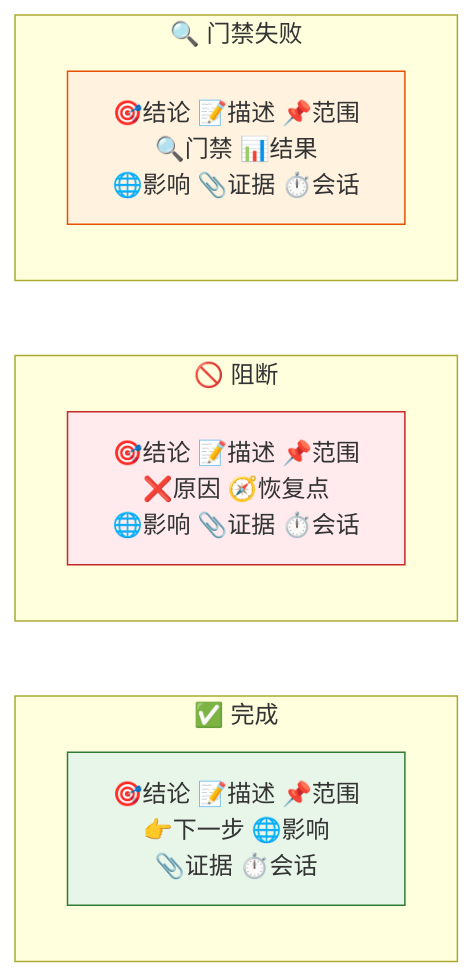
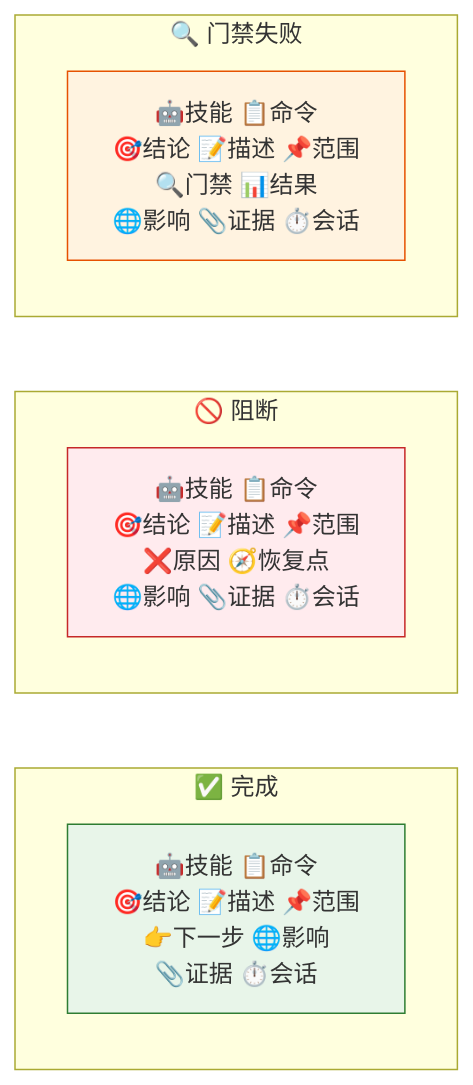
One commit to effiy/YrY changed the fourth of 11 diagrams in skills/wework-bot/SKILL.md. Above: the diagram before and after it, drawn with Mermaid. The commit also changed other lines of this file and 3 other files, not shown here.

````diff
--- a/skills/wework-bot/SKILL.md
+++ b/skills/wework-bot/SKILL.md
@@ -131,16 +131,16 @@
 ```mermaid
 flowchart LR
     subgraph 完成["✅ 完成"]
-        C1["🎯结论 📝描述 📌范围<br/>👉下一步 🌐影响<br/>📎证据 ⏱️会话"]:::ok
+        C1["🤖技能 📋命令<br/>🎯结论 📝描述 📌范围<br/>👉下一步 🌐影响<br/>📎证据 ⏱️会话"]:::ok
     end
     subgraph 阻断["🚫 阻断"]
-        C2["🎯结论 📝描述 📌范围<br/>❌原因 🧭恢复点<br/>🌐影响 📎证据 ⏱️会话"]:::block
+        C2["🤖技能 📋命令<br/>🎯结论 📝描述 📌范围<br/>❌原因 🧭恢复点<br/>🌐影响 📎证据 ⏱️会话"]:::block
     end
     subgraph 门禁["🔍 门禁失败"]
-        C3["🎯结论 📝描述 📌范围<br/>🔍门禁 📊结果<br/>🌐影响 📎证据 ⏱️会话"]:::gate
+        C3["🤖技能 📋命令<br/>🎯结论 📝描述 📌范围<br/>🔍门禁 📊结果<br/>🌐影响 📎证据 ⏱️会话"]:::gate
     end
 
     classDef ok fill:#e8f5e9,stroke:#2e7d32;
     classDef block fill:#ffebee,stroke:#c62828;
     classDef gate fill:#fff3e0,stroke:#e65100;
 ```
````
